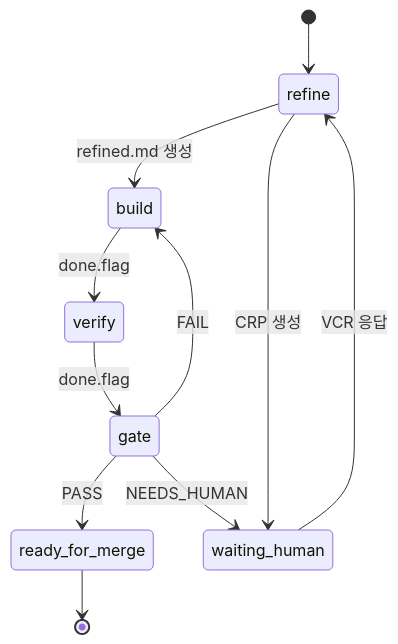
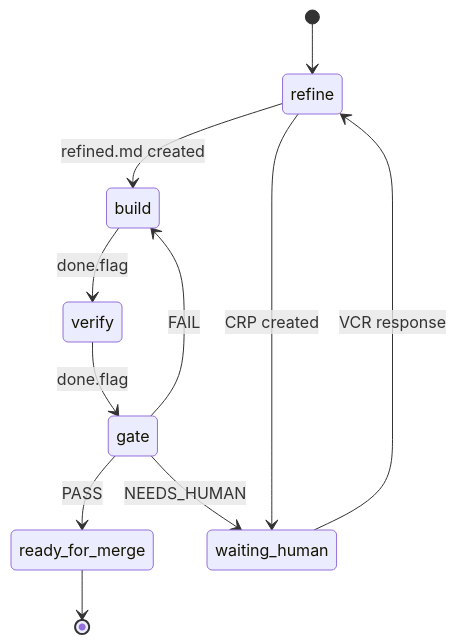
One commit to choo121600/dure changed the first of 2 diagrams in docs/architecture/overview.md. Above: the diagram before and after it, drawn with Mermaid. The commit also changed other lines of this file and 38 other files, not shown here.

````diff
--- a/docs/architecture/overview.md
+++ b/docs/architecture/overview.md
@@ -118,13 +118,13 @@
 ```mermaid
 stateDiagram-v2
     [*] --> refine
-    refine --> build : refined.md 생성
-    refine --> waiting_human : CRP 생성
-    waiting_human --> refine : VCR 응답
+    refine --> build : refined.md created
+    refine --> waiting_human : CRP created
+    waiting_human --> refine : VCR response
     build --> verify : done.flag
     verify --> gate : done.flag
     gate --> ready_for_merge : PASS
     gate --> build : FAIL
     gate --> waiting_human : NEEDS_HUMAN
     ready_for_merge --> [*]
 ```
````
